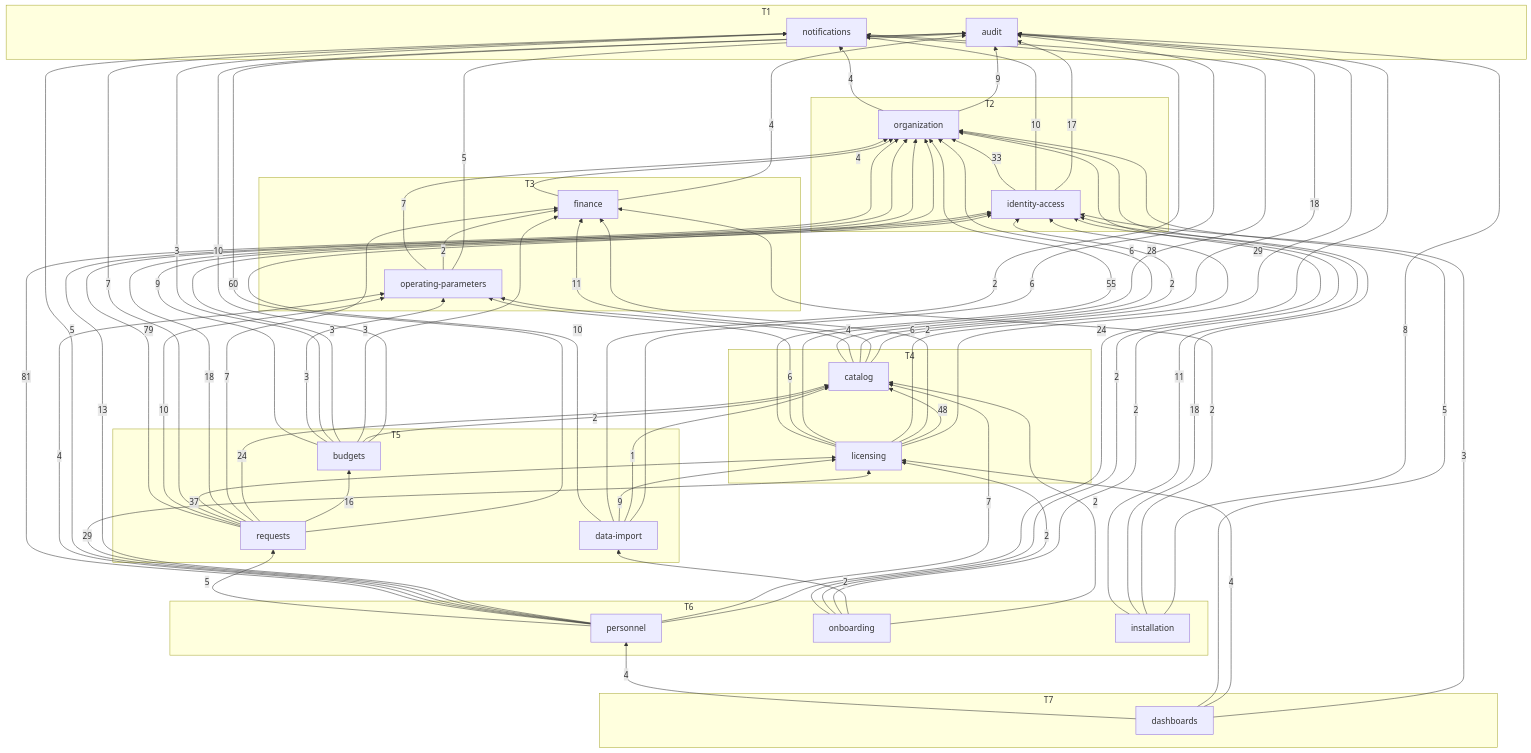
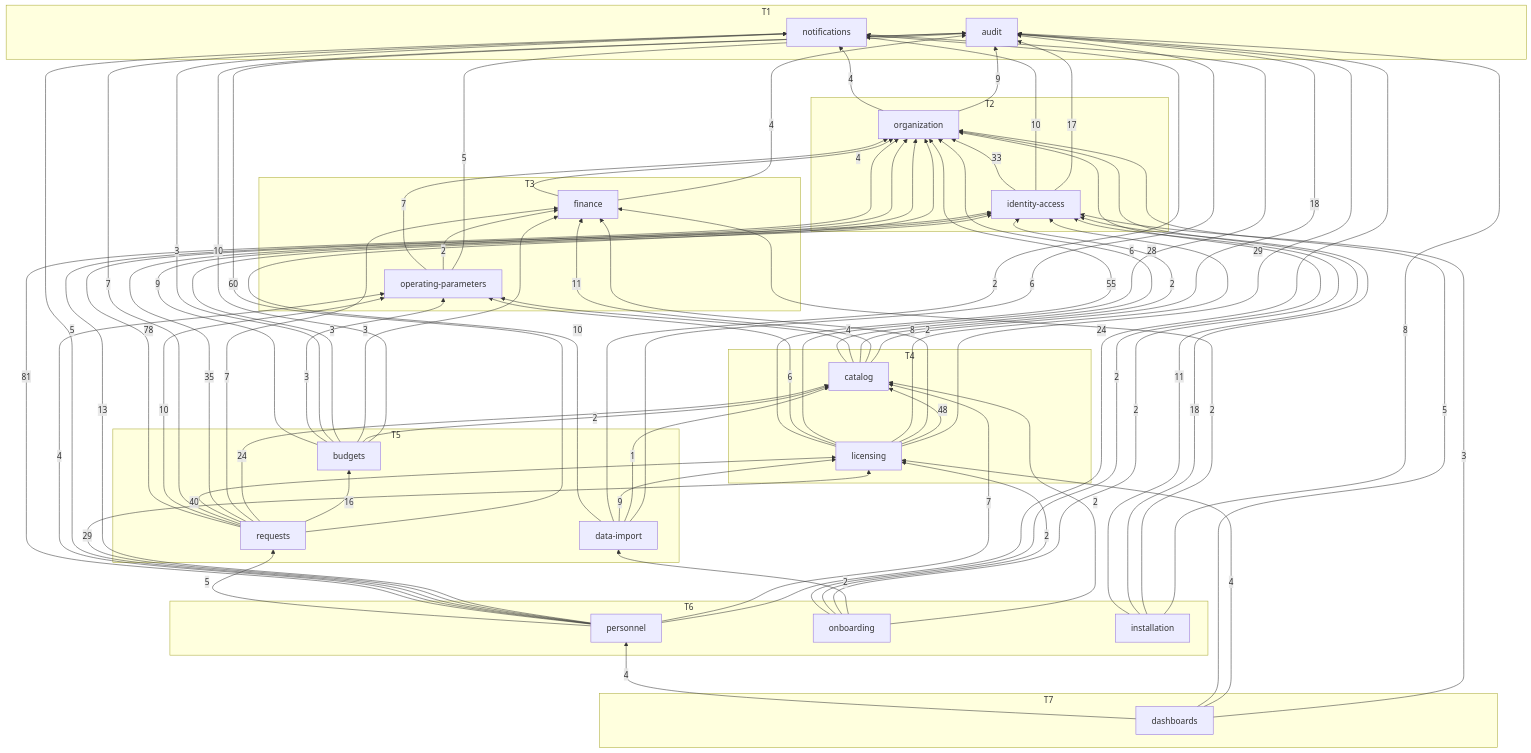
The diagram in docs/generated/module-graph.md (SEP490-FALL2026/BE-dev), drawn with Mermaid before and after one commit. The commit also changed 58 other files, not shown here.

````diff
--- a/docs/generated/module-graph.md
+++ b/docs/generated/module-graph.md
@@ -67,7 +67,7 @@
   licensing -->|29| audit
   licensing -->|48| catalog
   licensing -->|2| finance
-  licensing -->|6| identity_access
+  licensing -->|8| identity_access
   licensing -->|6| notifications
   licensing -->|6| operating_parameters
   licensing -->|55| organization
@@ -93,9 +93,9 @@
   requests -->|16| budgets
   requests -->|24| catalog
   requests -->|7| finance
-  requests -->|18| identity_access
-  requests -->|37| licensing
+  requests -->|35| identity_access
+  requests -->|40| licensing
   requests -->|7| notifications
   requests -->|10| operating_parameters
-  requests -->|79| organization
+  requests -->|78| organization
 ```
````
